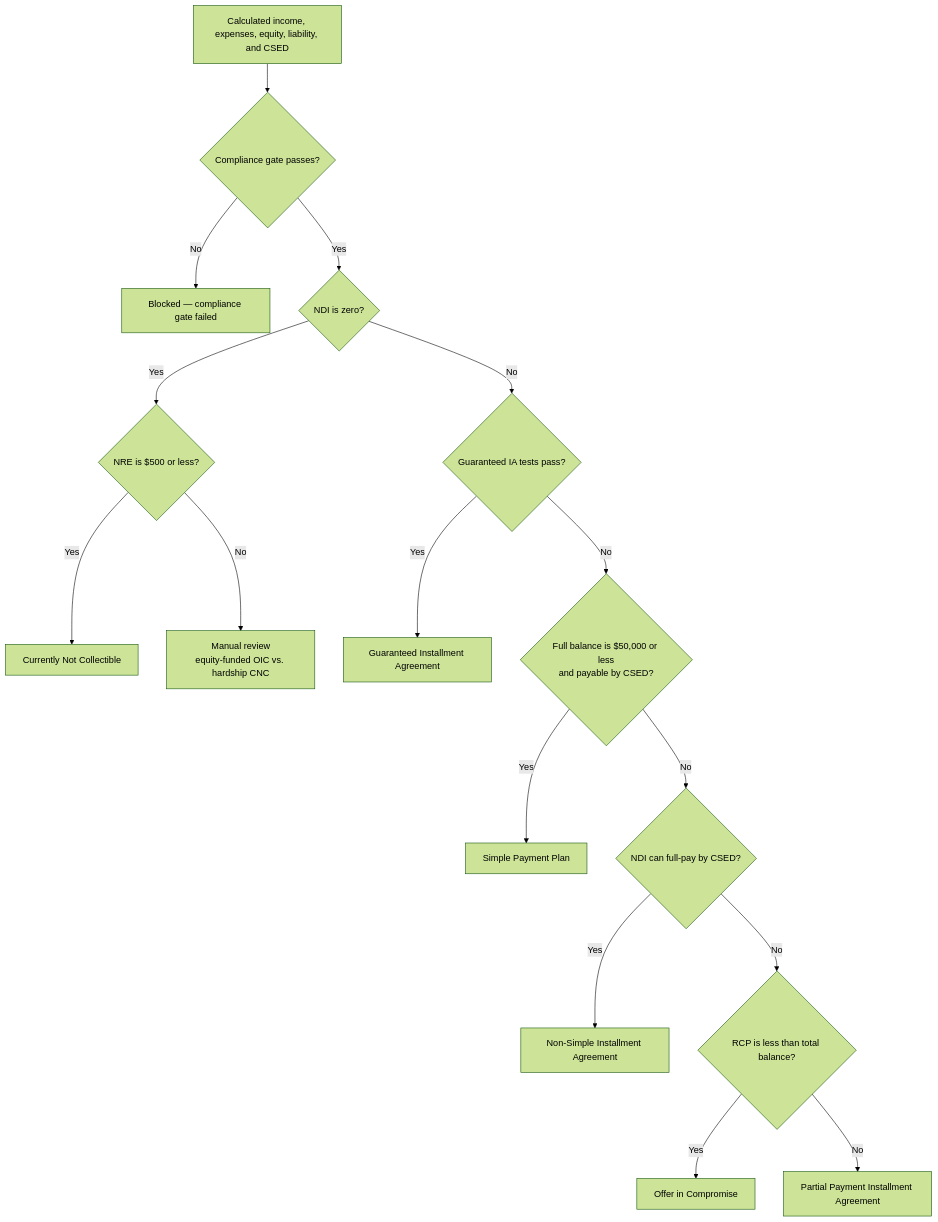
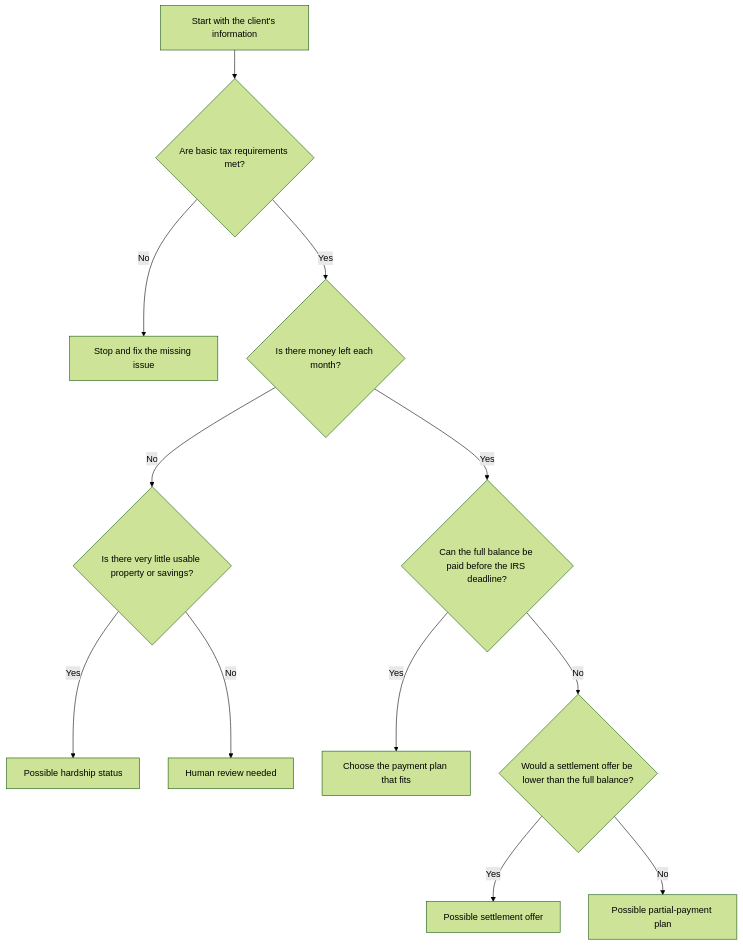
One commit to Metdez/ResSpark changed the third of 4 diagrams in README.md. Above: the diagram before and after it, drawn with Mermaid (forest theme). The commit also changed other lines of this file, not shown here.

Commit message:
Simplify README language and flows

````diff
--- a/README.md
+++ b/README.md
@@ -132,20 +43,16 @@
 ```mermaid
 flowchart TD
-    A[Calculated income, expenses, equity, liability, and CSED] --> B{Compliance gate passes?}
-    B -- No --> X[Blocked — compliance gate failed]
-    B -- Yes --> C{NDI is zero?}
+    A[Start with the client's information] --> B{Are basic tax requirements met?}
+    B -- No --> X[Stop and fix the missing issue]
+    B -- Yes --> C{Is there money left each month?}
 
-    C -- Yes --> D{NRE is $500 or less?}
-    D -- Yes --> CNC[Currently Not Collectible]
-    D -- No --> MR[Manual review<br/>equity-funded OIC vs. hardship CNC]
+    C -- No --> D{Is there very little usable property or savings?}
+    D -- Yes --> E[Possible hardship status]
+    D -- No --> F[Human review needed]
 
-    C -- No --> E{Guaranteed IA tests pass?}
-    E -- Yes --> GIA[Guaranteed Installment Agreement]
-    E -- No --> F{Full balance is $50,000 or less<br/>and payable by CSED?}
-    F -- Yes --> SPP[Simple Payment Plan]
-    F -- No --> G{NDI can full-pay by CSED?}
-    G -- Yes --> NSIA[Non-Simple Installment Agreement]
-    G -- No --> H{RCP is less than total balance?}
-    H -- Yes --> OIC[Offer in Compromise]
-    H -- No --> PPIA[Partial Payment Installment Agreement]
+    C -- Yes --> G{Can the full balance be paid before the IRS deadline?}
+    G -- Yes --> H[Choose the payment plan that fits]
+    G -- No --> I{Would a settlement offer be lower than the full balance?}
+    I -- Yes --> J[Possible settlement offer]
+    I -- No --> K[Possible partial-payment plan]
 ```
````
